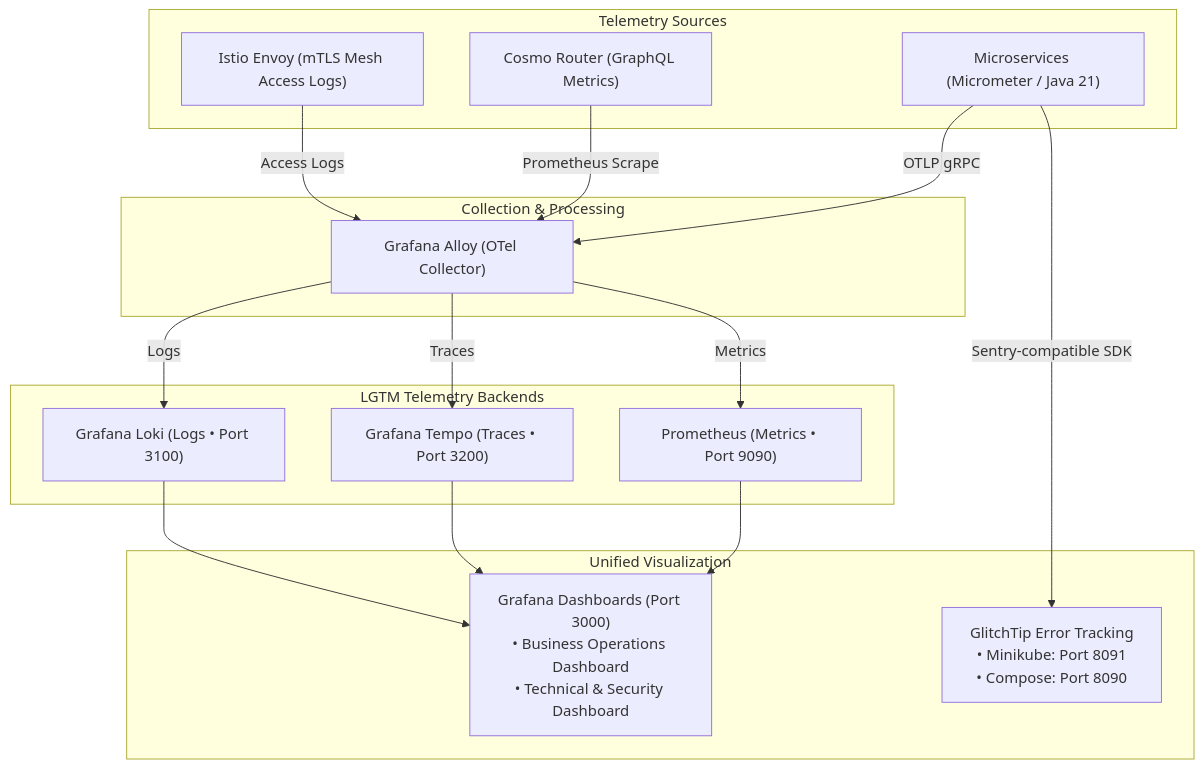
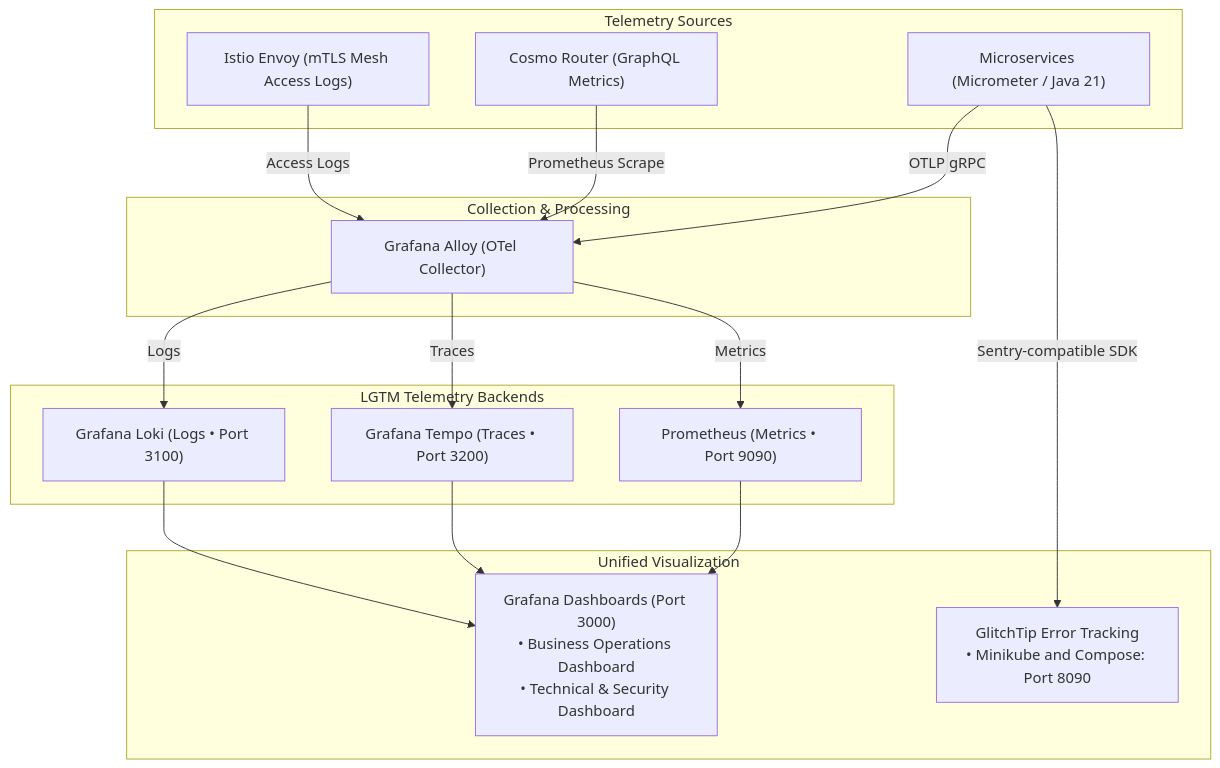
One commit to GeorgeGxx/microservices-architecture changed the diagram in docs/04-observability/README.md. Above: the diagram before and after it, drawn with Mermaid. The commit also changed other lines of this file and 8 other files, not shown here.

First line of the commit message:
Codex/align glitchtip port quick prompts (#39)

````diff
--- a/docs/04-observability/README.md
+++ b/docs/04-observability/README.md
@@ -12,36 +12,36 @@
 ```mermaid
 flowchart TD
     subgraph Sources ["Telemetry Sources"]
         APPS["Microservices (Micrometer / Java 21)"]
         ROUTER["Cosmo Router (GraphQL Metrics)"]
         ISTIO["Istio Envoy (mTLS Mesh Access Logs)"]
     end
 
     subgraph Collection ["Collection & Processing"]
         ALLOY["Grafana Alloy (OTel Collector)"]
     end
 
     subgraph Storage ["LGTM Telemetry Backends"]
         PROM["Prometheus (Metrics • Port 9090)"]
         TEMPO["Grafana Tempo (Traces • Port 3200)"]
         LOKI["Grafana Loki (Logs • Port 3100)"]
     end
 
     subgraph Visualization ["Unified Visualization"]
         GRAFANA["Grafana Dashboards (Port 3000)<br/>• Business Operations Dashboard<br/>• Technical & Security Dashboard"]
-        GLITCHTIP["GlitchTip Error Tracking<br/>• Minikube: Port 8091<br/>• Compose: Port 8090"]
+        GLITCHTIP["GlitchTip Error Tracking<br/>• Minikube and Compose: Port 8090"]
     end
 
     APPS -->|OTLP gRPC| ALLOY
     ROUTER -->|Prometheus Scrape| ALLOY
     ISTIO -->|Access Logs| ALLOY
 
     ALLOY -->|Metrics| PROM
     ALLOY -->|Traces| TEMPO
     ALLOY -->|Logs| LOKI
 
     PROM --> GRAFANA
     TEMPO --> GRAFANA
     LOKI --> GRAFANA
     APPS -->|Sentry-compatible SDK| GLITCHTIP
 ```
````
